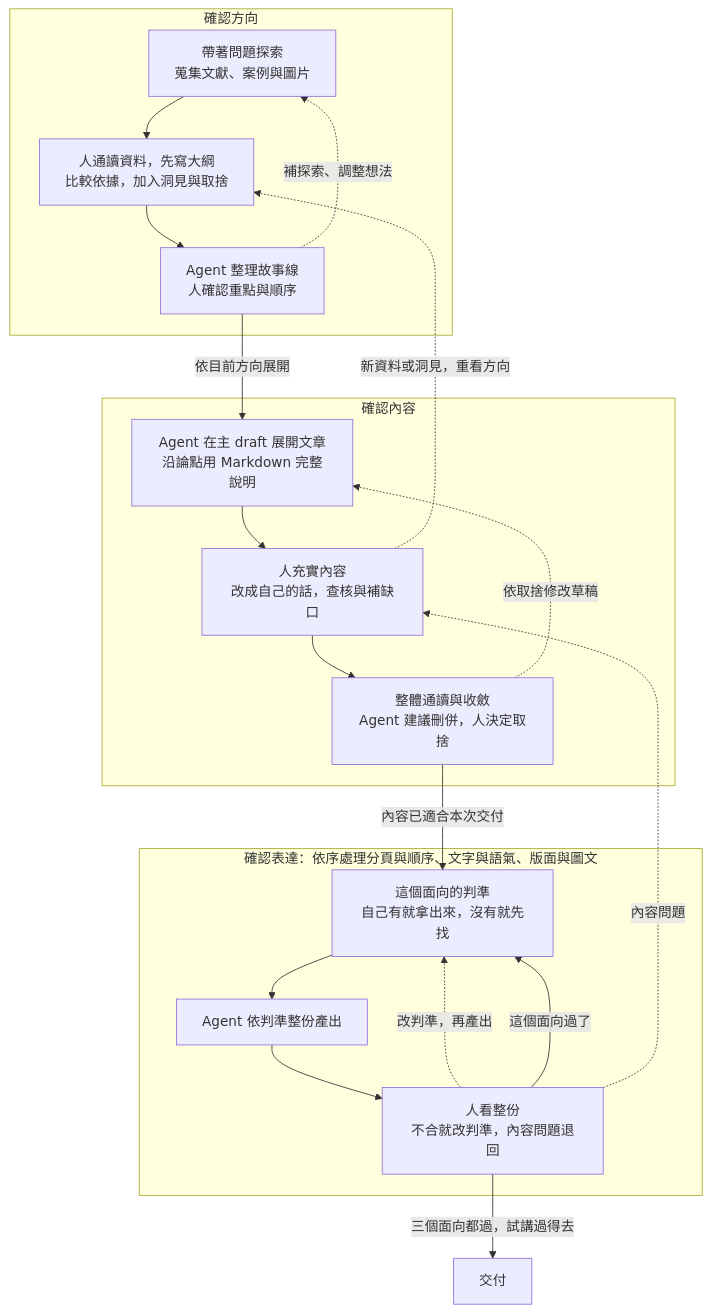
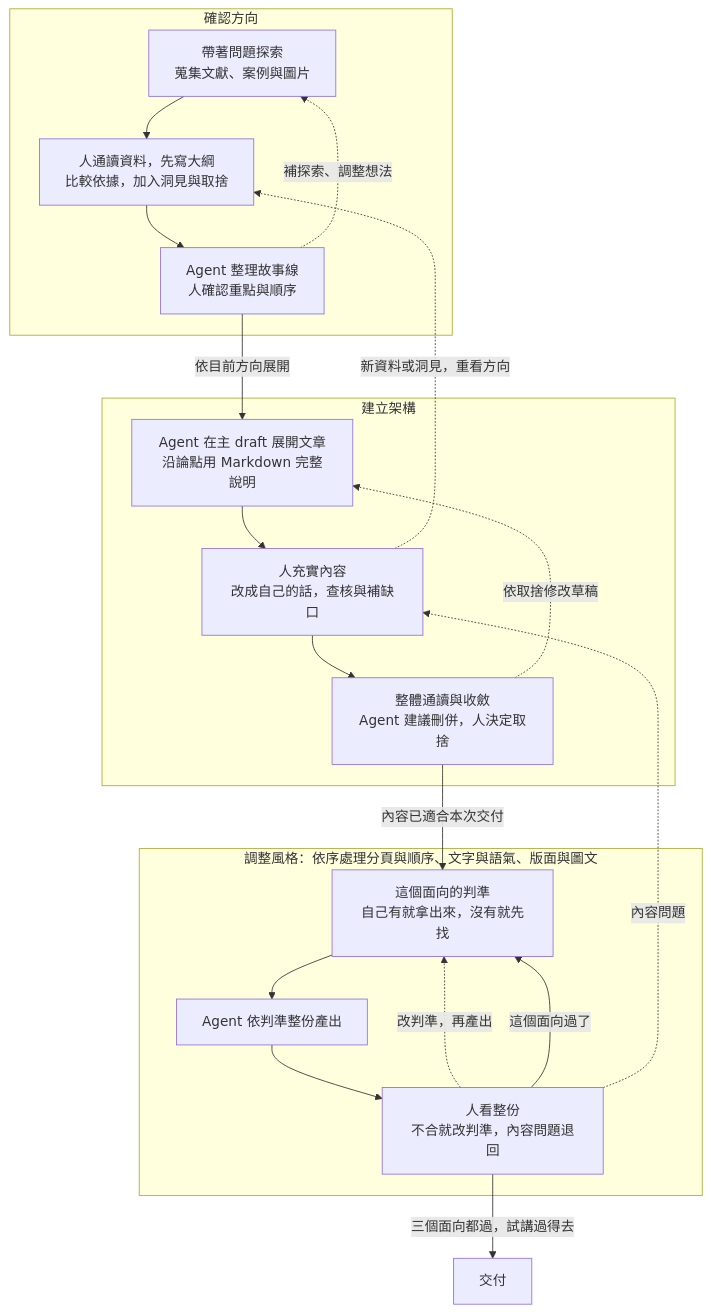
One commit to jimmy60504/agentic-knowledge-work changed the diagram in drafts/02-week2-presentation-lesson-plan.md. Above: the diagram before and after it, drawn with Mermaid. The commit also changed other lines of this file and 17 other files, not shown here.

First line of the commit message:
三圈定名確認方向、建立架構、調整風格，圖改 mermaid 直式並修文字

````diff
--- a/drafts/02-week2-presentation-lesson-plan.md
+++ b/drafts/02-week2-presentation-lesson-plan.md
@@ -57,29 +57,29 @@
 ```mermaid
 flowchart TD
     subgraph direction_loop["確認方向"]
         A["帶著問題探索<br/>蒐集文獻、案例與圖片"] --> B["人通讀資料，先寫大綱<br/>比較依據，加入洞見與取捨"]
         B --> C["Agent 整理故事線<br/>人確認重點與順序"]
         C -. 補探索、調整想法 .-> A
     end
 
     C -->|依目前方向展開| D
 
-    subgraph content_loop["確認內容"]
+    subgraph content_loop["建立架構"]
         D["Agent 在主 draft 展開文章<br/>沿論點用 Markdown 完整說明"] --> E["人充實內容<br/>改成自己的話，查核與補缺口"]
         E --> F["整體通讀與收斂<br/>Agent 建議刪併，人決定取捨"]
         F -. 依取捨修改草稿 .-> D
     end
 
     E -. 新資料或洞見，重看方向 .-> B
 
-    subgraph form_loop["確認表達：依序處理分頁與順序、文字與語氣、版面與圖文"]
+    subgraph form_loop["調整風格：依序處理分頁與順序、文字與語氣、版面與圖文"]
         I["這個面向的判準<br/>自己有就拿出來，沒有就先找"] --> J["Agent 依判準整份產出"]
         J --> K["人看整份<br/>不合就改判準，內容問題退回"]
         K -. 改判準，再產出 .-> I
         K -->|這個面向過了| I
     end
 
     F -->|內容已適合本次交付| I
     K -. 內容問題 .-> E
     K -->|三個面向都過，試講過得去| L["交付"]
 ```
````
